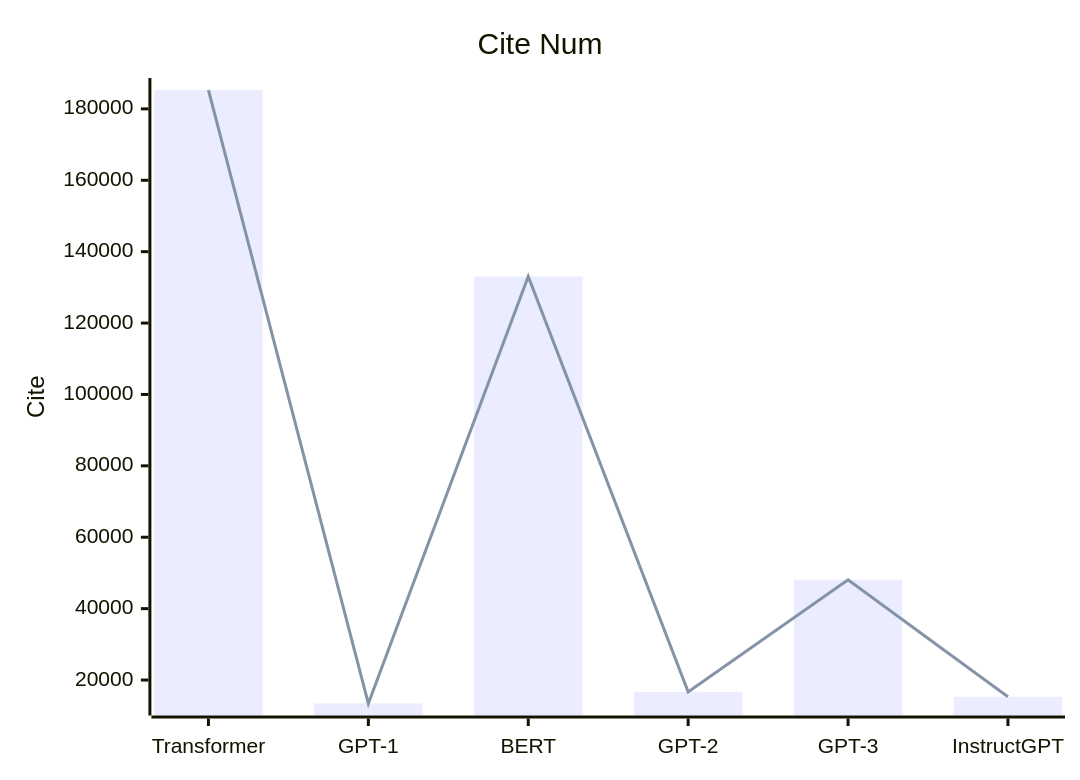
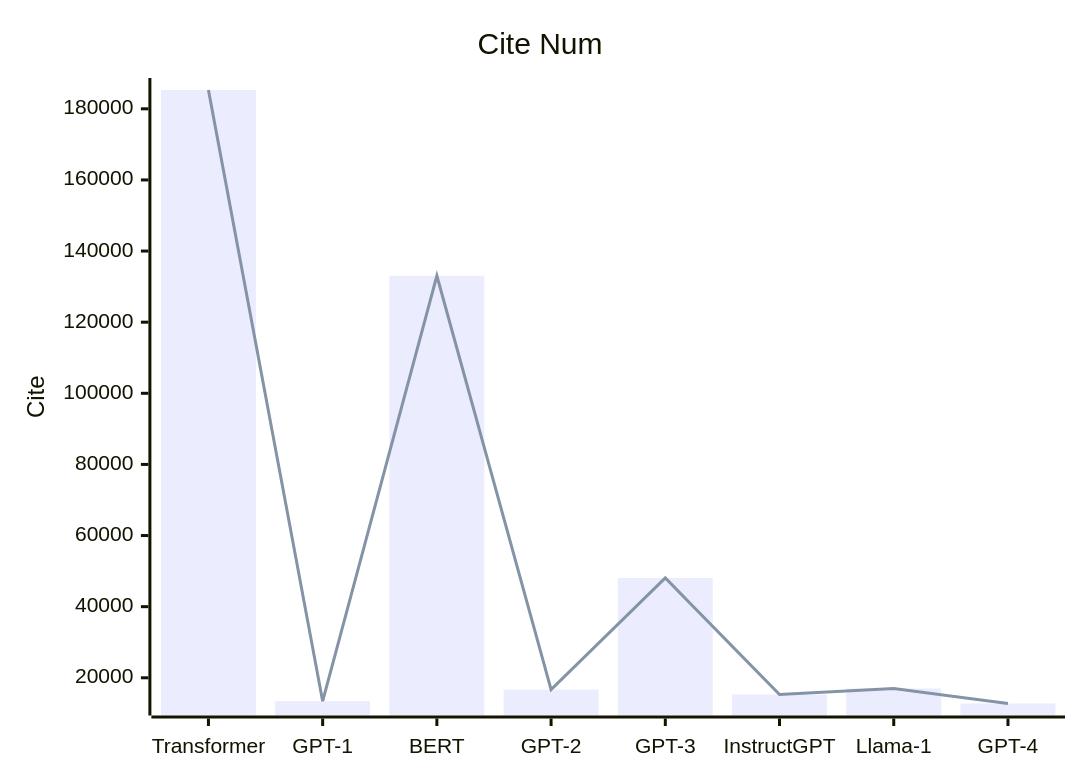
The fourth of 4 diagrams in Base_Model/LLM/analyse.md (Elephant-King9/Paper), drawn with Mermaid before and after one commit. The commit also changed other lines of this file and 2 other files, not shown here.

Commit message:
update_GPT-4 Technical Report

````diff
--- a/Base_Model/LLM/analyse.md
+++ b/Base_Model/LLM/analyse.md
@@ -76,8 +85,8 @@
 ```mermaid
     xychart-beta
     title "Cite Num"
-    x-axis [Transformer,GPT-1,BERT,GPT-2,GPT-3,InstructGPT]
+    x-axis [Transformer,GPT-1,BERT,GPT-2,GPT-3,InstructGPT,Llama-1,GPT-4]
     y-axis "Cite" 
-    bar [185289,13424,133047,16676,48070,15295]
-    line [185289,13424,133047,16676,48070,15295]
+    bar [185289,13424,133047,16676,48070,15295,16982,12771]
+    line [185289,13424,133047,16676,48070,15295,16982,12771]
 ```
````
